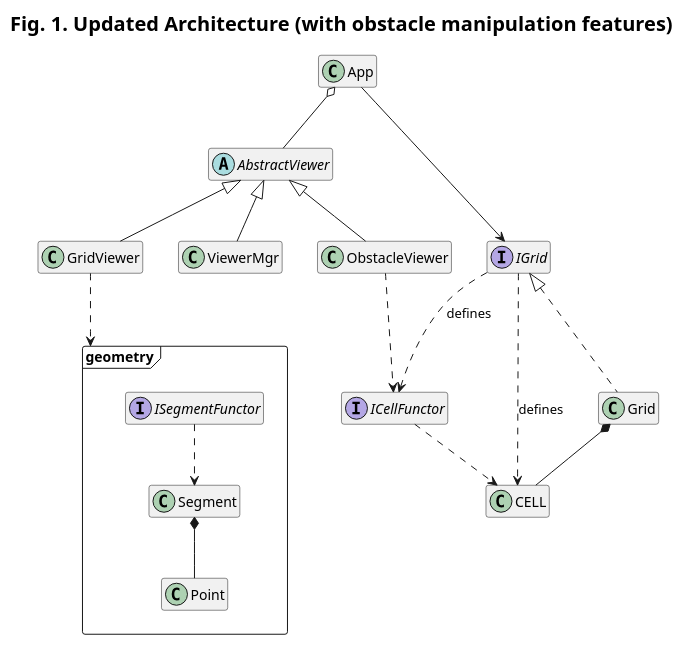
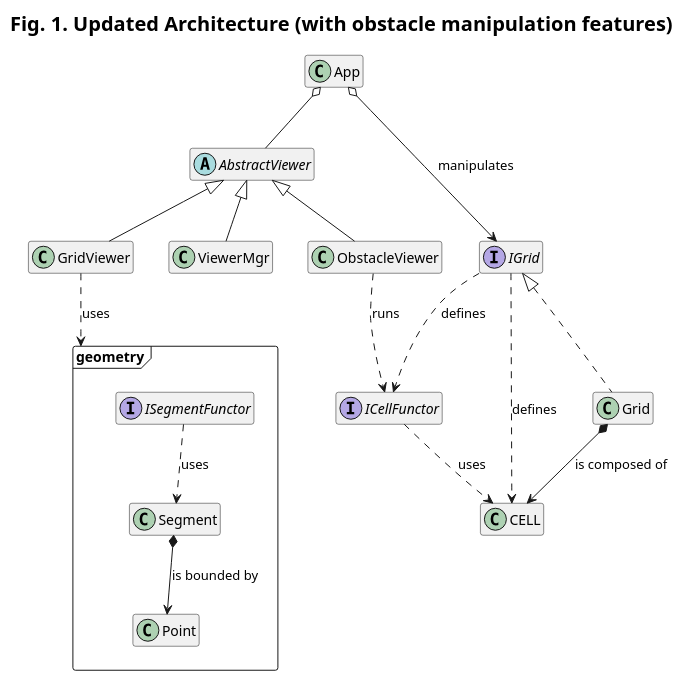
The first of 3 diagrams in _posts/modsim/2020-10-04-2d-grid-obstacles.md (kanmeugne/kanmeugne.github.io), drawn with PlantUML before and after one commit. The commit also changed other lines of this file, not shown here.

Commit message:
update diagrams

```diff
--- a/_posts/modsim/2020-10-04-2d-grid-obstacles.md
+++ b/_posts/modsim/2020-10-04-2d-grid-obstacles.md
@@ -19,73 +19,73 @@
 {% plantuml %}
 @startuml
 title: <size:20>Fig. 1. Updated Architecture (with obstacle manipulation features)</size>
 package geometry <<Frame>>
 {
     class Point {
         + int x
         + int y
     }
     class Segment {
         + Point init
         + Point end
     }
     interface ISegmentFunctor {
         + virtual void operator(const Segment&)
     }
 }
 interface ICellFunctor {
     + virtual void operator(const CELL)
 }
 abstract class AbstractViewer {
     + virtual void iActivate()
     + virtual void iDeactivate()
     + virtual void iIsActive() const
     + virtual void iSetApp(App*)
     + virtual void iDisplay();
     # {abstract} virtual void iDraw()
     # bool _active = false
 }
 class App {
     ...
     .. obstacle-related actions ..
     + void addObstacle(int, int)
     + void removeObstacle(int, int)
 }
 class CELL {
     + int id
     + int state
 }
 class GridViewer extends AbstractViewer {
     - void drawLines(geometry::ISegmentFunctor&)
     + void initialize()
 }
 class ViewerMgr extends AbstractViewer {
     - vector<AbstractManager*> viewers
     + void iAddViewer(AbstractManager*)
 }
 class ObstacleViewer extends AbstractViewer {
     - drawObstacles(ICellFunctor&)
 }
 interface IGrid {
     ...
     .. functor broadcast ..
 	+ virtual void iApplyOnCells(ICellFunctor&) const
 }
 class Grid implements IGrid {
     - int resx
     - int resy
     - int sizex
     - int sizey
 }
 IGrid ..> CELL : defines
-Grid *-- CELL
-App --> IGrid
+Grid *--> CELL : is composed of
+App o--> IGrid : manipulates
 App o-- AbstractViewer
-Segment *-- Point
-ISegmentFunctor ..> Segment
-GridViewer ..> geometry
+Segment *--> Point : is bounded by
+ISegmentFunctor ..> Segment : uses
+GridViewer ..> geometry : uses
 IGrid ..> ICellFunctor : defines
-ICellFunctor ..> CELL
-ObstacleViewer ..> ICellFunctor
+ICellFunctor ..> CELL : uses
+ObstacleViewer ..> ICellFunctor : runs
 hide members
 {% endplantuml %}
```
